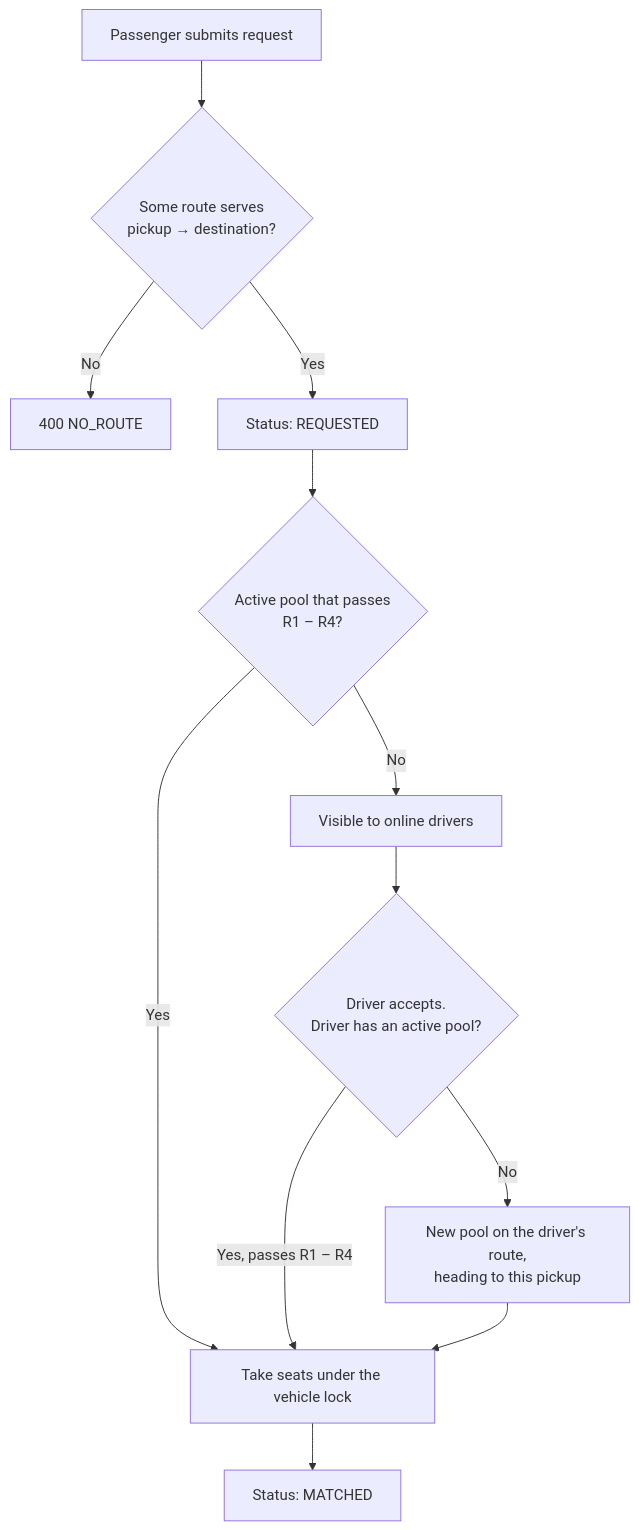
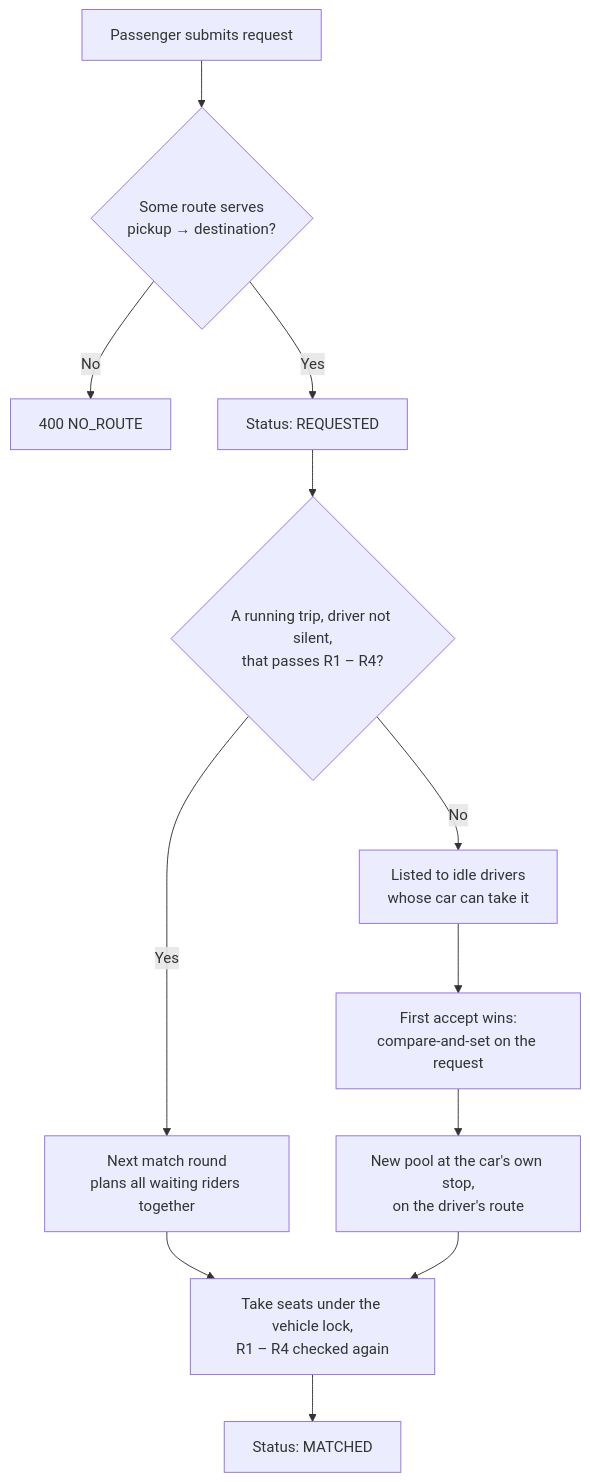
The first of 2 diagrams in docs/assumptions.md (istiak133/Tesla), drawn with Mermaid before and after one commit. The commit also changed other lines of this file and 4 other files, not shown here.

````diff
--- a/docs/assumptions.md
+++ b/docs/assumptions.md
@@ -148,14 +148,14 @@
 ```mermaid
 flowchart TD
     A[Passenger submits request] --> B{Some route serves<br/>pickup → destination?}
     B -- No --> X[400 NO_ROUTE]
     B -- Yes --> C[Status: REQUESTED]
-    C --> D{Active pool that passes<br/>R1 – R4?}
-    D -- Yes --> E[Take seats under the vehicle lock]
+    C --> D{A running trip, driver not silent,<br/>that passes R1 – R4?}
+    D -- Yes --> M[Next match round<br/>plans all waiting riders together]
+    M --> E[Take seats under the vehicle lock,<br/>R1 – R4 checked again]
     E --> F[Status: MATCHED]
-    D -- No --> G[Visible to online drivers]
-    G --> H{Driver accepts.<br/>Driver has an active pool?}
-    H -- No --> I[New pool on the driver's route,<br/>heading to this pickup]
-    H -- Yes, passes R1 – R4 --> E
+    D -- No --> G[Listed to idle drivers<br/>whose car can take it]
+    G --> H[First accept wins:<br/>compare-and-set on the request]
+    H --> I[New pool at the car's own stop,<br/>on the driver's route]
     I --> E
 ```
````
